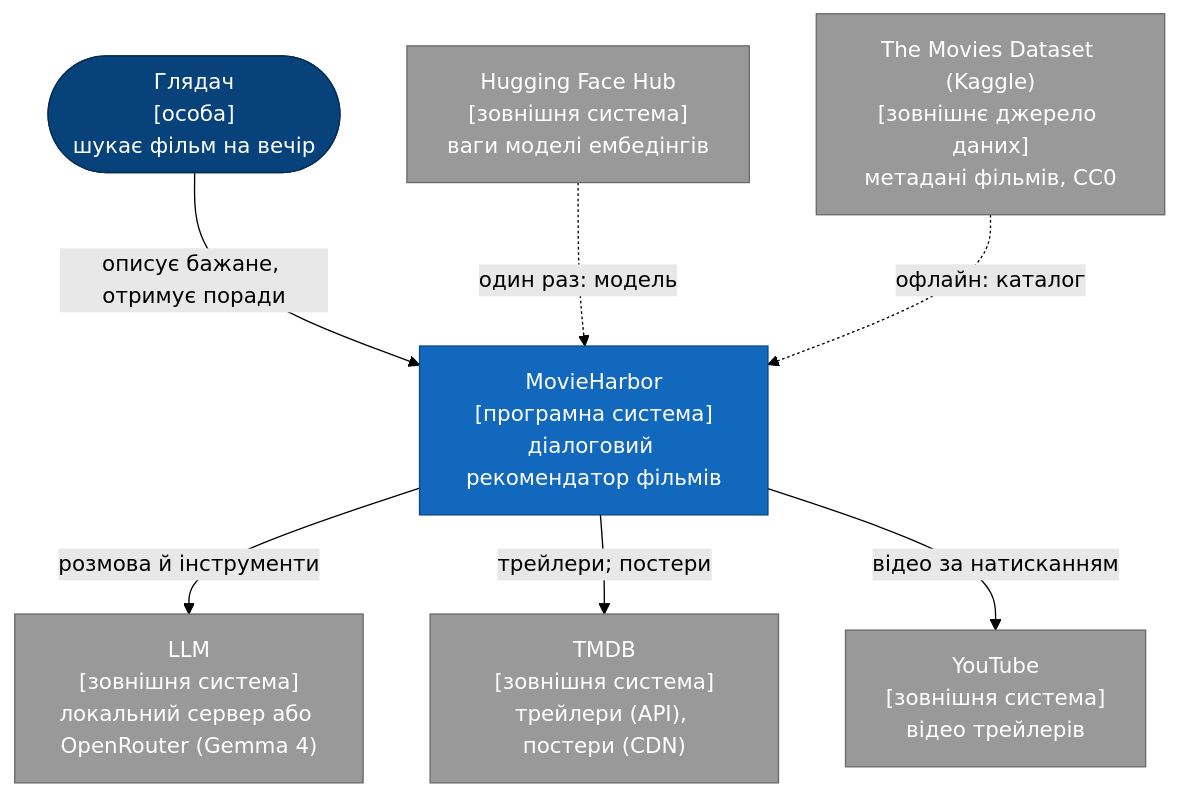
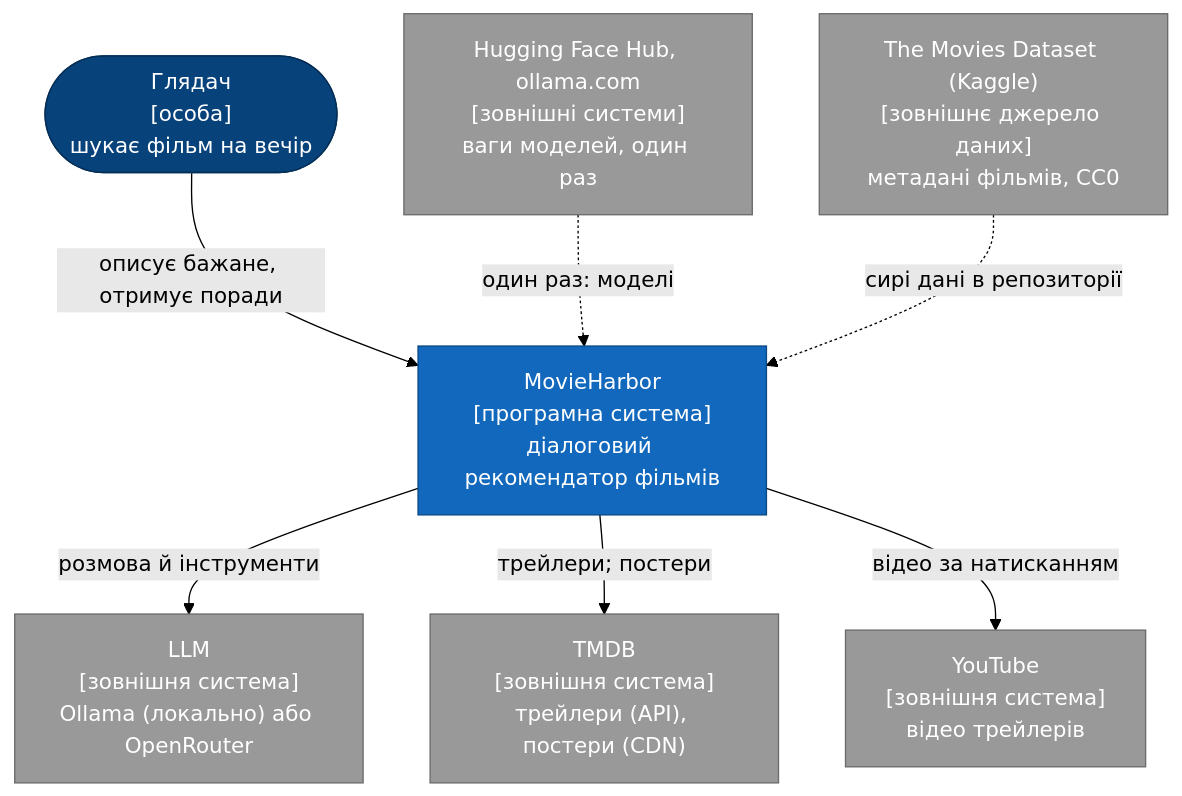
Before and after one commit to woldemarg/movie_rs: the first of 4 diagrams in docs/01-overview.md, drawn with Mermaid (forest theme). The commit also changed other lines of this file and 15 other files, not shown here.

````diff
--- a/docs/01-overview.md
+++ b/docs/01-overview.md
@@ -18,24 +19,24 @@
 ```mermaid
 flowchart TB
     viewer(["Глядач<br/>[особа]<br/>шукає фільм на вечір"])
     system["MovieHarbor<br/>[програмна система]<br/>діалоговий рекомендатор фільмів"]
-    llm["LLM<br/>[зовнішня система]<br/>локальний сервер або OpenRouter (Gemma 4)"]
+    llm["LLM<br/>[зовнішня система]<br/>Ollama (локально) або OpenRouter"]
     tmdb["TMDB<br/>[зовнішня система]<br/>трейлери (API), постери (CDN)"]
     yt["YouTube<br/>[зовнішня система]<br/>відео трейлерів"]
-    hf["Hugging Face Hub<br/>[зовнішня система]<br/>ваги моделі ембедінгів"]
+    hf["Hugging Face Hub, ollama.com<br/>[зовнішні системи]<br/>ваги моделей, один раз"]
     kaggle["The Movies Dataset (Kaggle)<br/>[зовнішнє джерело даних]<br/>метадані фільмів, CC0"]
 
     viewer -- "описує бажане, отримує поради" --> system
     system -- "розмова й інструменти" --> llm
     system -- "трейлери; постери" --> tmdb
     system -- "відео за натисканням" --> yt
-    hf -. "один раз: модель" .-> system
-    kaggle -. "офлайн: каталог" .-> system
+    hf -. "один раз: моделі" .-> system
+    kaggle -. "сирі дані в репозиторії" .-> system
 
     classDef person fill:#08427b,color:#fff,stroke:#052e56
     classDef internal fill:#1168bd,color:#fff,stroke:#0b4884
     classDef external fill:#999,color:#fff,stroke:#6b6b6b
     class viewer person
     class system internal
     class llm,tmdb,yt,hf,kaggle external
 ```
````
